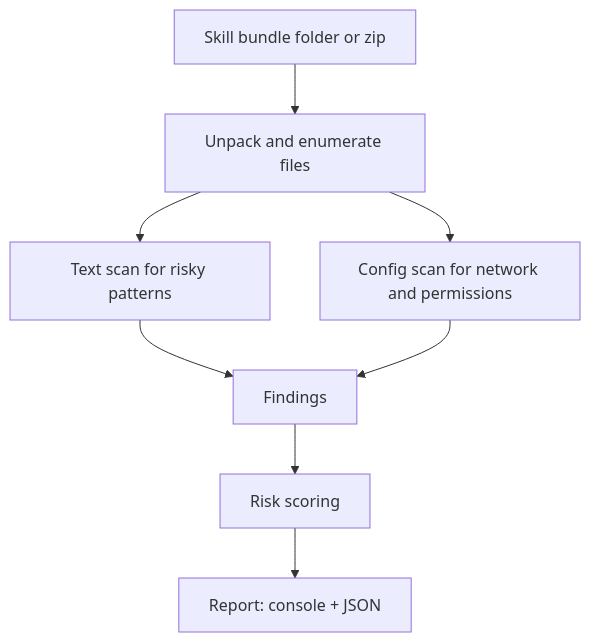
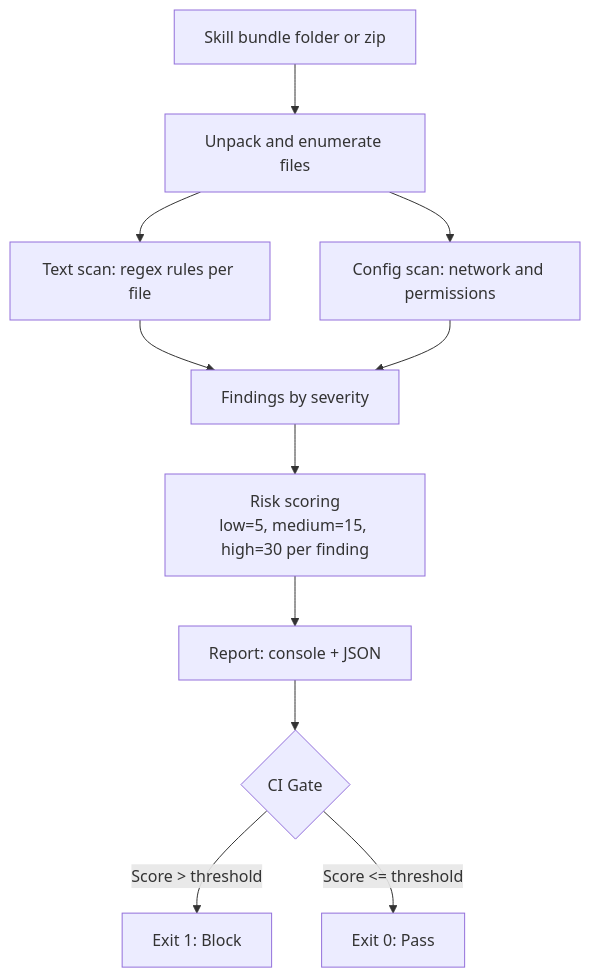
One commit to victorstack-ai/agent-blog changed the diagram in blog/skills-sentry-skill-marketplace-scanner.md. Above: the diagram before and after it, drawn with Mermaid. The commit also changed other lines of this file and 117 other files, not shown here.

````diff
--- a/blog/skills-sentry-skill-marketplace-scanner.md
+++ b/blog/skills-sentry-skill-marketplace-scanner.md
@@ -49,10 +50,13 @@
 ```mermaid
 flowchart TD
-  A[Skill bundle folder or zip] --> B[Unpack and enumerate files]
-  B --> C[Text scan for risky patterns]
-  B --> D[Config scan for network and permissions]
-  C --> E[Findings]
-  D --> E[Findings]
-  E --> F[Risk scoring]
-  F --> G[Report: console + JSON]
+    A[Skill bundle folder or zip] --> B[Unpack and enumerate files]
+    B --> C[Text scan: regex rules per file]
+    B --> D[Config scan: network and permissions]
+    C --> E[Findings by severity]
+    D --> E
+    E --> F[Risk scoring\nlow=5, medium=15, high=30 per finding]
+    F --> G[Report: console + JSON]
+    G --> H{CI Gate}
+    H -->|Score > threshold| I[Exit 1: Block]
+    H -->|Score <= threshold| J[Exit 0: Pass]
 ```
````
